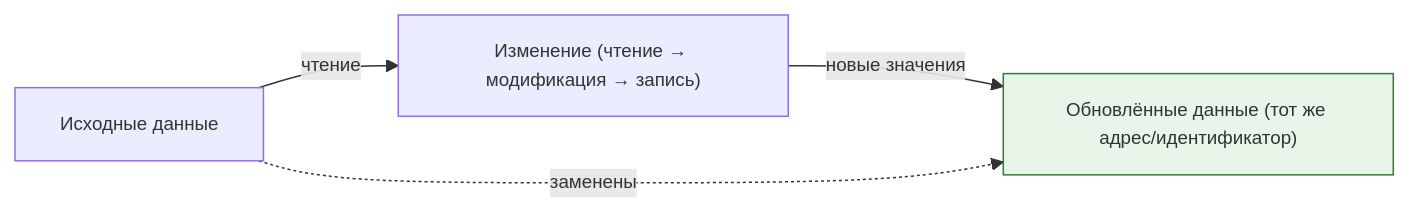
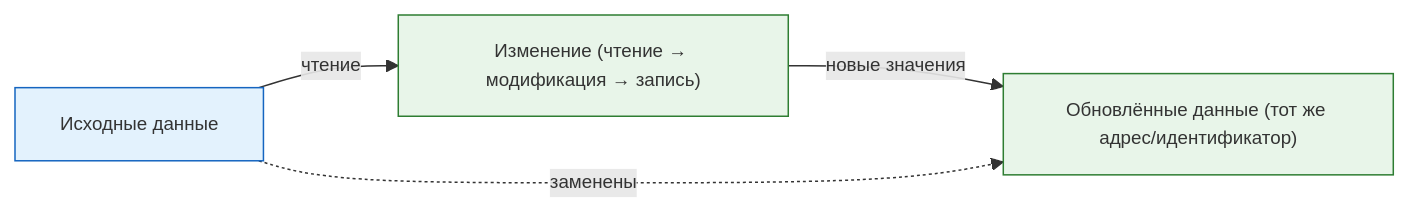
The seventh of 7 diagrams in docs/encyclopedia/1-basics/1-10-bazovye-operatsii-s-dannymi/4.md (Spirzen/it-knowledge-base), drawn with Mermaid before and after one commit. The commit also changed other lines of this file and 1180 other files, not shown here.

````diff
--- a/docs/encyclopedia/1-basics/1-10-bazovye-operatsii-s-dannymi/4.md
+++ b/docs/encyclopedia/1-basics/1-10-bazovye-operatsii-s-dannymi/4.md
@@ -185,13 +232,15 @@
 ```mermaid
 %%{init: {"theme":"default", "themeVariables": {"fontSize":"12.5px"}}}%%
 flowchart LR
+    classDef src fill:#e3f2fd,stroke:#1565c0;
+    classDef op fill:#e8f5e9,stroke:#2e7d32;
+    classDef dst fill:#e8f5e9,stroke:#2e7d32;
+
     S["Исходные данные"]:::src
     O["Изменение (чтение → модификация → запись)"]:::op
     D["Обновлённые данные (тот же адрес/идентификатор)"]:::dst
 
     S -->|чтение| O
     O -->|новые значения| D
     S -.->|заменены| D
-
-    style D fill:#e8f5e9,stroke:#2e7d32
 ```
````
